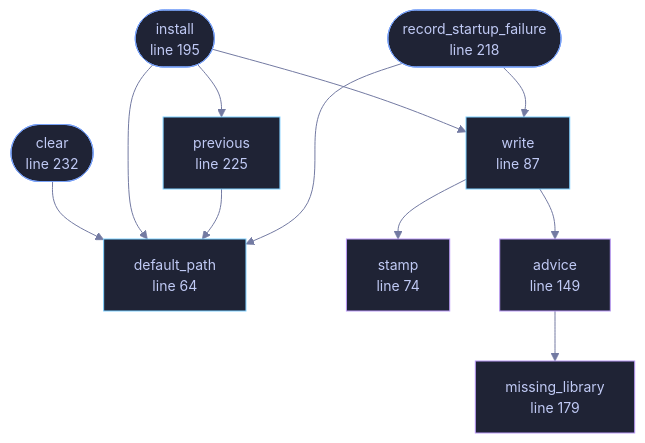
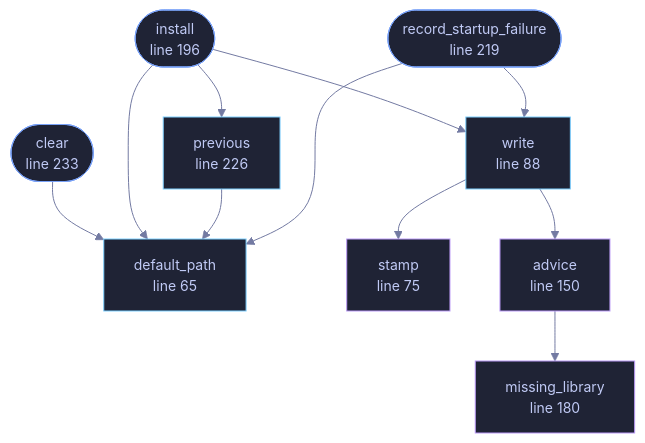
Before and after one commit to tilas01/veilvoice: the diagram in docs/files/veilvoice-gui/crashlog.md, drawn with Mermaid. The commit also changed other lines of this file and 38 other files, not shown here.

````diff
--- a/docs/files/veilvoice-gui/crashlog.md
+++ b/docs/files/veilvoice-gui/crashlog.md
@@ -113,38 +114,38 @@
 ```mermaid
 %%{init: {"theme":"base","themeVariables":{"background":"#1a1b26","primaryColor":"#1f2335","primaryTextColor":"#c0caf5","primaryBorderColor":"#7aa2f7","secondaryColor":"#16161e","tertiaryColor":"#16161e","lineColor":"#737aa2","textColor":"#c0caf5","mainBkg":"#1f2335","nodeBorder":"#7aa2f7","clusterBkg":"#16161e","clusterBorder":"#2f3549","fontFamily":"ui-monospace, SFMono-Regular, Consolas, monospace","fontSize":"14px"}}}%%
 flowchart TD
-    n_default_path["default_path<br/>line 64"]
-    n_stamp["stamp<br/>line 74"]
-    n_write["write<br/>line 87"]
-    n_advice["advice<br/>line 149"]
-    n_missing_library["missing_library<br/>line 179"]
-    n_install(["install<br/>line 195"])
-    n_record_startup_failure(["record_startup_failure<br/>line 218"])
-    n_previous["previous<br/>line 225"]
-    n_clear(["clear<br/>line 232"])
+    n_default_path["default_path<br/>line 65"]
+    n_stamp["stamp<br/>line 75"]
+    n_write["write<br/>line 88"]
+    n_advice["advice<br/>line 150"]
+    n_missing_library["missing_library<br/>line 180"]
+    n_install(["install<br/>line 196"])
+    n_record_startup_failure(["record_startup_failure<br/>line 219"])
+    n_previous["previous<br/>line 226"]
+    n_clear(["clear<br/>line 233"])
     n_advice --> n_missing_library
     n_clear --> n_default_path
     n_install --> n_default_path
     n_install --> n_previous
     n_install --> n_write
     n_previous --> n_default_path
     n_record_startup_failure --> n_default_path
     n_record_startup_failure --> n_write
     n_write --> n_advice
     n_write --> n_stamp
-    click n_default_path href "https://github.com/tilas01/veilvoice/blob/main/crates/veilvoice-gui/src/crashlog.rs#L64" "open the source"
-    click n_stamp href "https://github.com/tilas01/veilvoice/blob/main/crates/veilvoice-gui/src/crashlog.rs#L74" "open the source"
-    click n_write href "https://github.com/tilas01/veilvoice/blob/main/crates/veilvoice-gui/src/crashlog.rs#L87" "open the source"
-    click n_advice href "https://github.com/tilas01/veilvoice/blob/main/crates/veilvoice-gui/src/crashlog.rs#L149" "open the source"
-    click n_missing_library href "https://github.com/tilas01/veilvoice/blob/main/crates/veilvoice-gui/src/crashlog.rs#L179" "open the source"
-    click n_install href "https://github.com/tilas01/veilvoice/blob/main/crates/veilvoice-gui/src/crashlog.rs#L195" "open the source"
-    click n_record_startup_failure href "https://github.com/tilas01/veilvoice/blob/main/crates/veilvoice-gui/src/crashlog.rs#L218" "open the source"
-    click n_previous href "https://github.com/tilas01/veilvoice/blob/main/crates/veilvoice-gui/src/crashlog.rs#L225" "open the source"
-    click n_clear href "https://github.com/tilas01/veilvoice/blob/main/crates/veilvoice-gui/src/crashlog.rs#L232" "open the source"
+    click n_default_path href "https://github.com/tilas01/veilvoice/blob/main/crates/veilvoice-gui/src/crashlog.rs#L65" "open the source"
+    click n_stamp href "https://github.com/tilas01/veilvoice/blob/main/crates/veilvoice-gui/src/crashlog.rs#L75" "open the source"
+    click n_write href "https://github.com/tilas01/veilvoice/blob/main/crates/veilvoice-gui/src/crashlog.rs#L88" "open the source"
+    click n_advice href "https://github.com/tilas01/veilvoice/blob/main/crates/veilvoice-gui/src/crashlog.rs#L150" "open the source"
+    click n_missing_library href "https://github.com/tilas01/veilvoice/blob/main/crates/veilvoice-gui/src/crashlog.rs#L180" "open the source"
+    click n_install href "https://github.com/tilas01/veilvoice/blob/main/crates/veilvoice-gui/src/crashlog.rs#L196" "open the source"
+    click n_record_startup_failure href "https://github.com/tilas01/veilvoice/blob/main/crates/veilvoice-gui/src/crashlog.rs#L219" "open the source"
+    click n_previous href "https://github.com/tilas01/veilvoice/blob/main/crates/veilvoice-gui/src/crashlog.rs#L226" "open the source"
+    click n_clear href "https://github.com/tilas01/veilvoice/blob/main/crates/veilvoice-gui/src/crashlog.rs#L233" "open the source"
     classDef entry fill:#1f2335,stroke:#7aa2f7,color:#c0caf5
     class n_install,n_record_startup_failure,n_clear entry
     classDef api fill:#1f2335,stroke:#7dcfff,color:#c0caf5
     class n_default_path,n_write,n_previous api
     classDef helper fill:#1f2335,stroke:#bb9af7,color:#c0caf5
     class n_stamp,n_advice,n_missing_library helper
 ```
````
